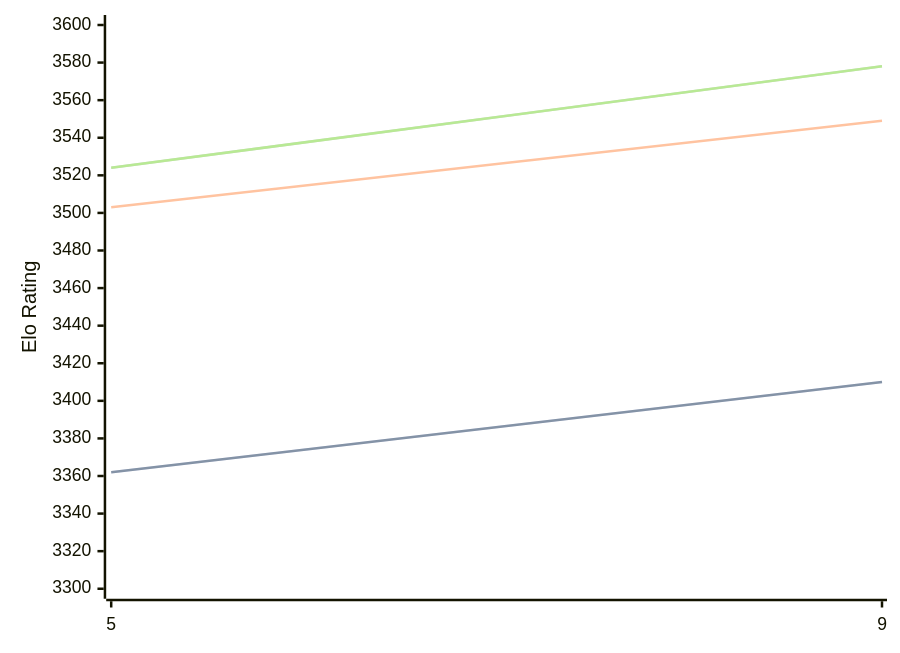
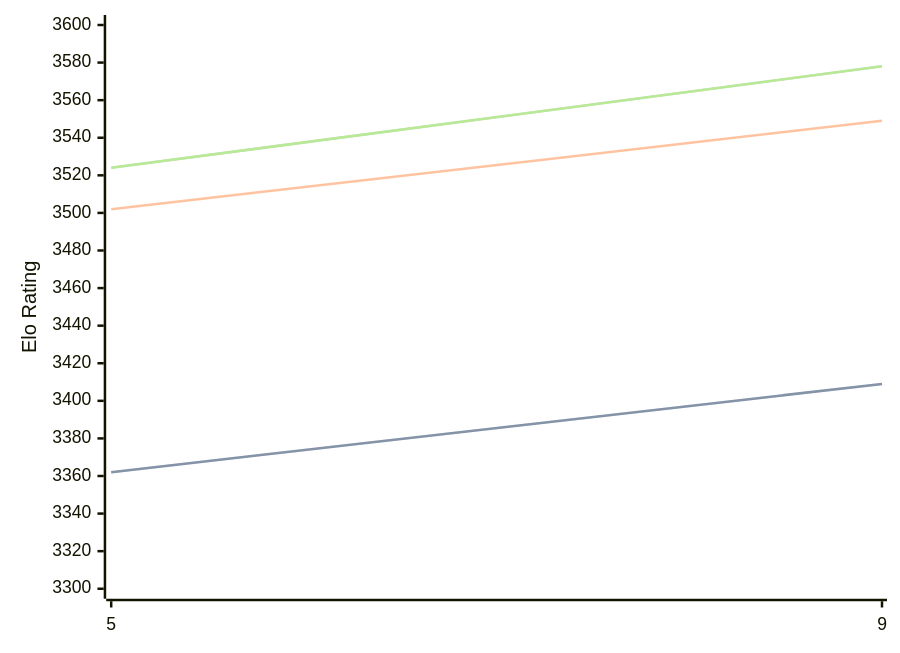
The diagram in engines/Crystal.md (computer-chess-index/cci), drawn with Mermaid before and after one commit. The commit also changed other lines of this file, not shown here.

````diff
--- a/engines/Crystal.md
+++ b/engines/Crystal.md
@@ -60,11 +60,11 @@
 ```mermaid
 %%{init: {"theme":"base","themeVariables":{"seriesColors:['#a3a3a3','#222221','#faa371']}}}%%
 xychart-beta
   x-axis ["5", "9"]
   y-axis "Elo Rating" 3300 --> 3600
-  line "STC (8.0+0.08s)" [3362, 3410]
-  line "STC (8.0+0.08s)" [3362, 3410]
-  line "LTC (60.0+0.60s)" [3503, 3549]
+  line "STC (8.0+0.08s)" [3362, 3409]
+  line "STC (8.0+0.08s)" [3362, 3409]
+  line "LTC (60.0+0.60s)" [3502, 3549]
   line "VLTC (2m24s+1.12s)" [3524, 3578]
   line "VLTC (2m24s+1.12s)" [3524, 3578]
 ```
````
